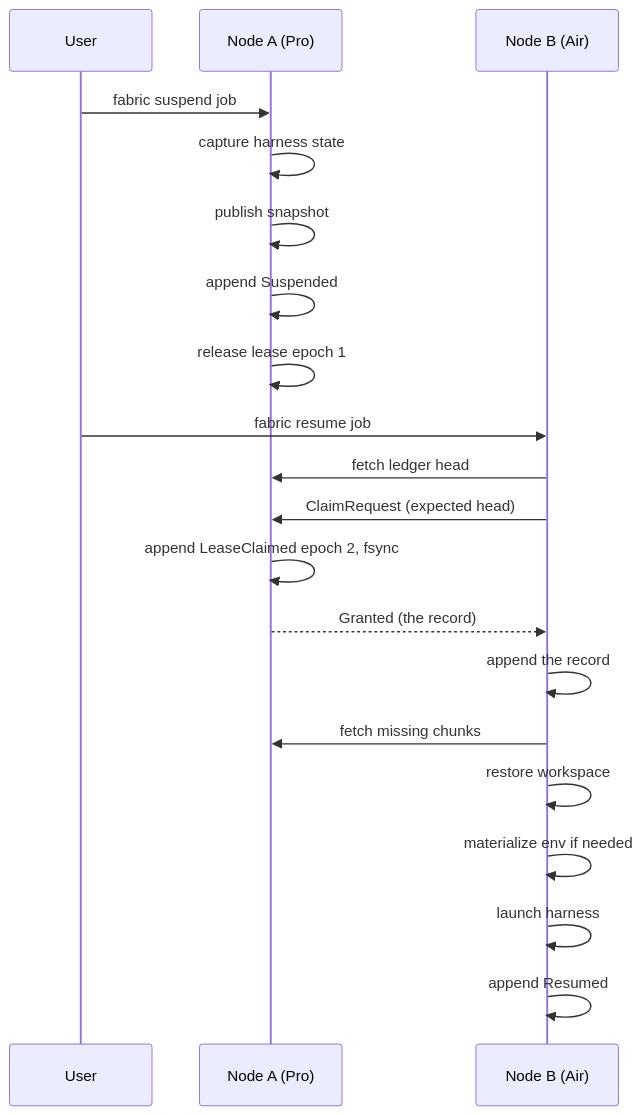
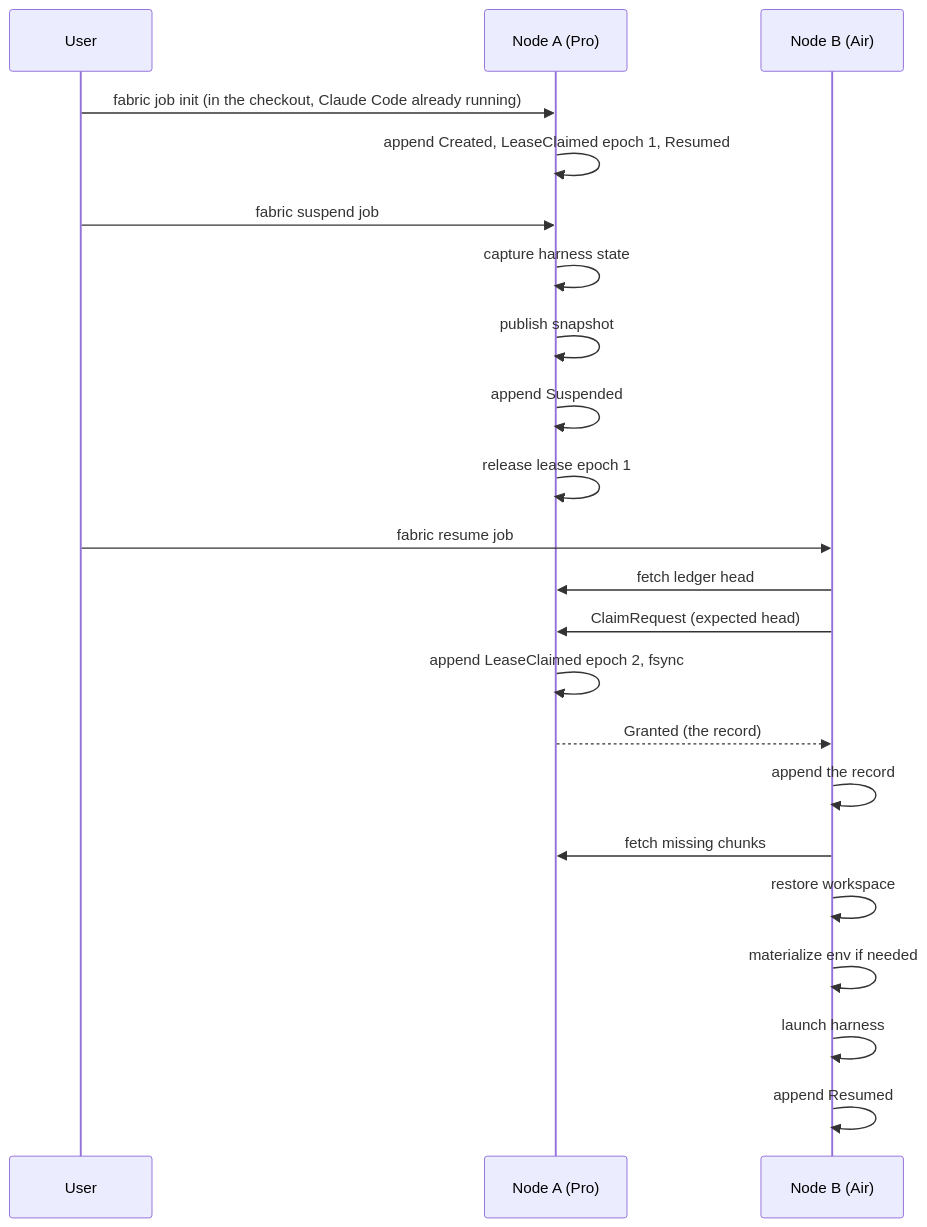
The diagram in docs/architecture.md (EfeDurmaz16/fabric), drawn with Mermaid before and after one commit. The commit also changed other lines of this file and 6 other files, not shown here.

First line of the commit message:
fix(adr): record the workspace root in the snapshot and define fabric job init

````diff
--- a/docs/architecture.md
+++ b/docs/architecture.md
@@ -74,22 +74,24 @@
 ```mermaid
 sequenceDiagram
     participant U as User
     participant A as Node A (Pro)
     participant B as Node B (Air)
+    U->>A: fabric job init (in the checkout, Claude Code already running)
+    A->>A: append Created, LeaseClaimed epoch 1, Resumed
     U->>A: fabric suspend job
     A->>A: capture harness state
     A->>A: publish snapshot
     A->>A: append Suspended
     A->>A: release lease epoch 1
     U->>B: fabric resume job
     B->>A: fetch ledger head
     B->>A: ClaimRequest (expected head)
     A->>A: append LeaseClaimed epoch 2, fsync
     A-->>B: Granted (the record)
     B->>B: append the record
     B->>A: fetch missing chunks
     B->>B: restore workspace
     B->>B: materialize env if needed
     B->>B: launch harness
     B->>B: append Resumed
 ```
````
